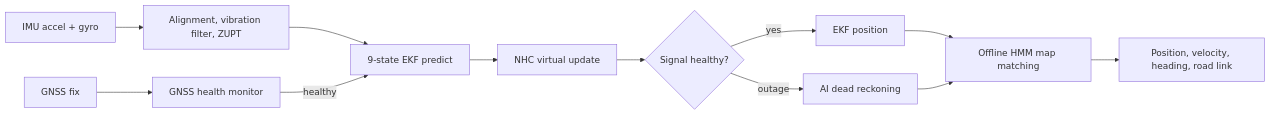
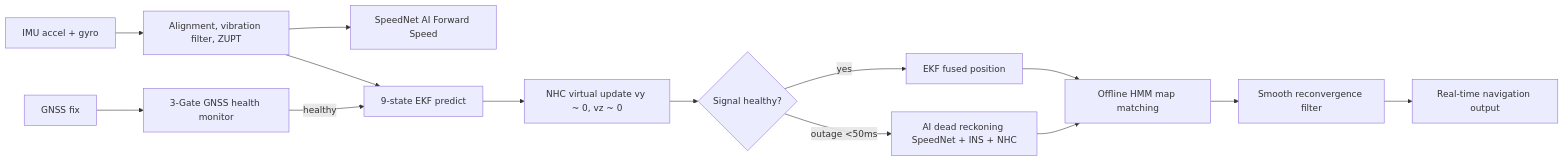
The diagram in README.md (grkadam7/Intelligent-Dead-Reckoning-for-GNSS-Denied-Navigation), drawn with Mermaid before and after one commit. The commit also changed other lines of this file and 3 other files, not shown here.

````diff
--- a/README.md
+++ b/README.md
@@ -50,14 +67,16 @@
 ```mermaid
 flowchart LR
     IMU[IMU accel + gyro] --> PRE[Alignment, vibration filter, ZUPT]
+    PRE --> SPEED[SpeedNet AI Forward Speed]
     PRE --> EKF[9-state EKF predict]
-    GNSS[GNSS fix] --> HEALTH[GNSS health monitor]
+    GNSS[GNSS fix] --> HEALTH[3-Gate GNSS health monitor]
     HEALTH -->|healthy| EKF
-    EKF --> NHC[NHC virtual update]
+    EKF --> NHC[NHC virtual update vy ~ 0, vz ~ 0]
     NHC --> MODE{Signal healthy?}
-    MODE -->|yes| FUSE[EKF position]
-    MODE -->|outage| DR[AI dead reckoning]
+    MODE -->|yes| FUSE[EKF fused position]
+    MODE -->|outage <50ms| DR[AI dead reckoning SpeedNet + INS + NHC]
     FUSE --> SNAP[Offline HMM map matching]
     DR --> SNAP
-    SNAP --> OUT[Position, velocity, heading, road link]
+    SNAP --> RECONV[Smooth reconvergence filter]
+    RECONV --> OUT[Real-time navigation output]
 ```
````
